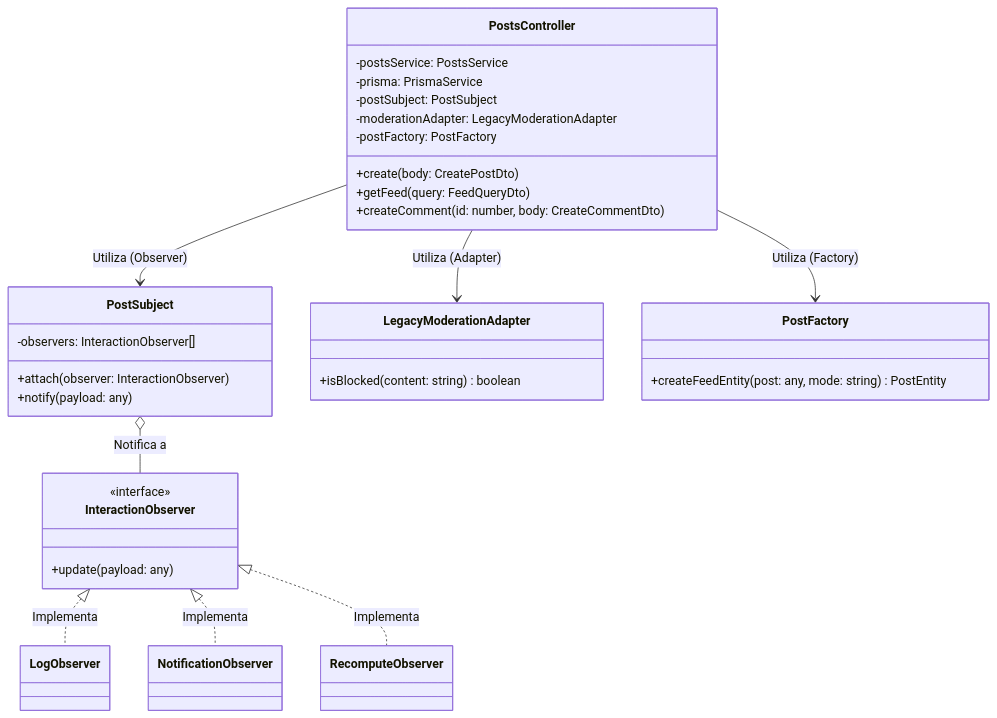
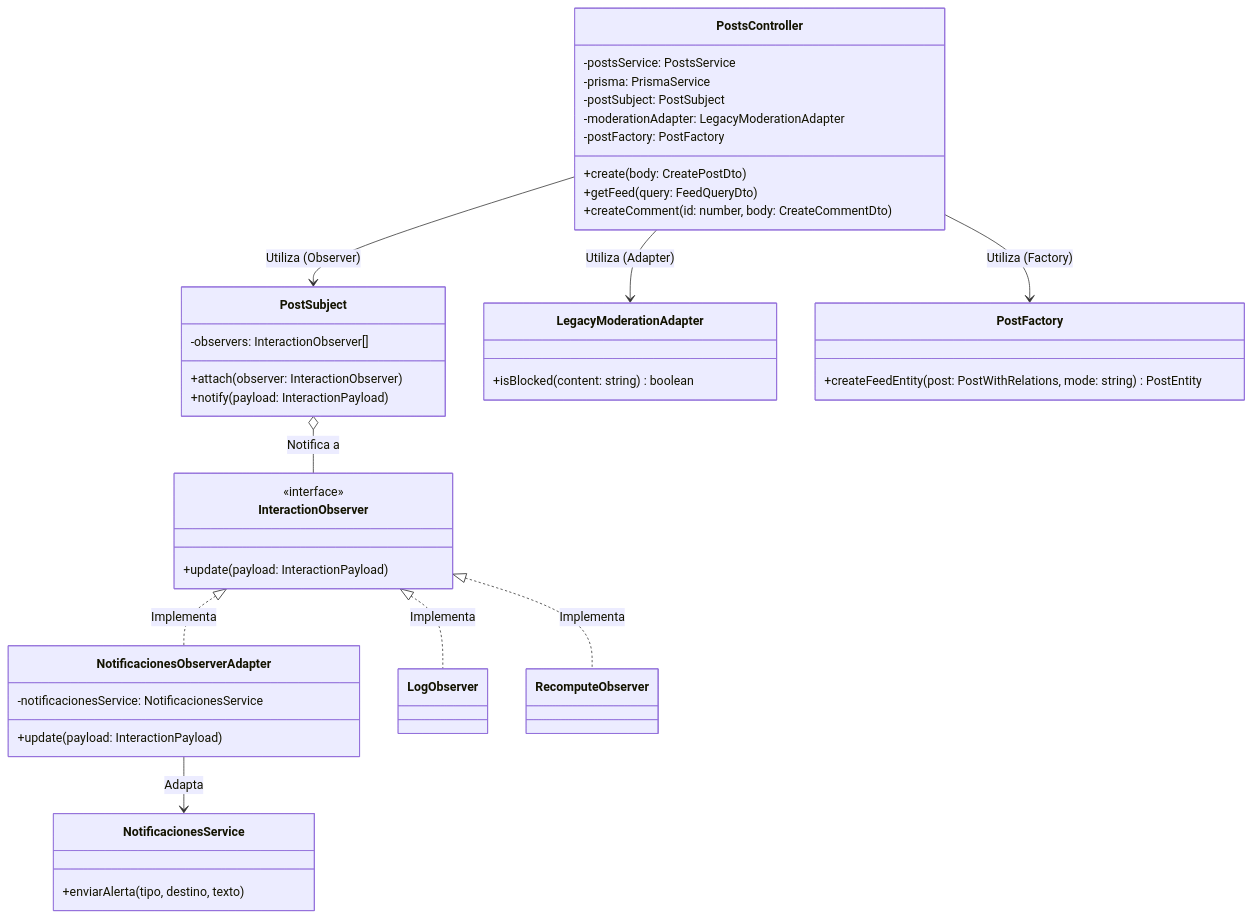
The third of 3 diagrams in .docs/README.md (jlevil2025-del/INFO1156-AC_05-Design-Patterns-GrupoOtraSeccion), drawn with Mermaid before and after one commit. The commit also changed other lines of this file, not shown here.

First line of the commit message:
docs(readme): sincronizar diagramas de arquitectura y purgar redundancias

````diff
--- a/.docs/README.md
+++ b/.docs/README.md
@@ -232,40 +194,50 @@
 ```mermaid
 classDiagram
     class PostsController {
         -postsService: PostsService
         -prisma: PrismaService
         -postSubject: PostSubject
         -moderationAdapter: LegacyModerationAdapter
         -postFactory: PostFactory
         +create(body: CreatePostDto)
         +getFeed(query: FeedQueryDto)
         +createComment(id: number, body: CreateCommentDto)
     }
 
     class PostSubject {
         -observers: InteractionObserver[]
         +attach(observer: InteractionObserver)
-        +notify(payload: any)
+        +notify(payload: InteractionPayload)
     }
 
     class InteractionObserver {
         <<interface>>
-        +update(payload: any)
+        +update(payload: InteractionPayload)
     }
 
     class LegacyModerationAdapter {
         +isBlocked(content: string) boolean
     }
 
     class PostFactory {
-        +createFeedEntity(post: any, mode: string) PostEntity
+        +createFeedEntity(post: PostWithRelations, mode: string) PostEntity
+    }
+
+    class NotificacionesObserverAdapter {
+        -notificacionesService: NotificacionesService
+        +update(payload: InteractionPayload)
+    }
+
+    class NotificacionesService {
+        +enviarAlerta(tipo, destino, texto)
     }
 
     PostsController --> PostSubject : Utiliza (Observer)
     PostsController --> LegacyModerationAdapter : Utiliza (Adapter)
     PostsController --> PostFactory : Utiliza (Factory)
     PostSubject o-- InteractionObserver : Notifica a
     InteractionObserver <|.. LogObserver : Implementa
-    InteractionObserver <|.. NotificationObserver : Implementa
     InteractionObserver <|.. RecomputeObserver : Implementa
+    InteractionObserver <|.. NotificacionesObserverAdapter : Implementa
+    NotificacionesObserverAdapter --> NotificacionesService : Adapta
 ```
````
